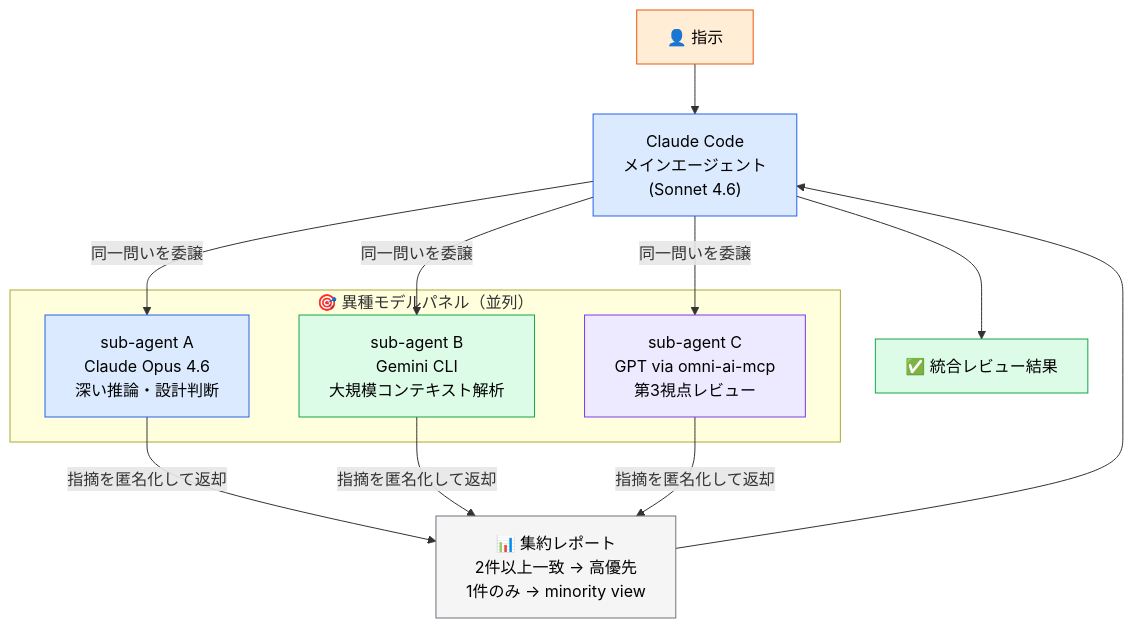
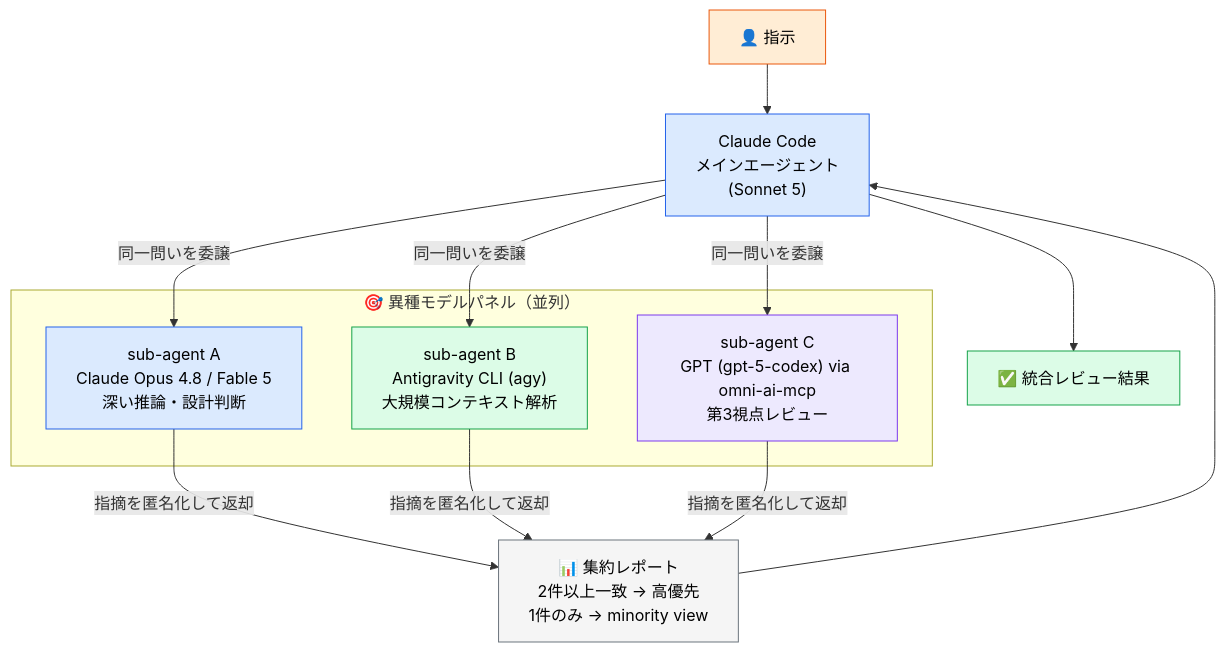
Before and after one commit to takuma39/ai: diagram 12 of 49 in AI駆動開発.md, drawn with Mermaid. The commit also changed other lines of this file, not shown here.

````diff
--- a/AI駆動開発.md
+++ b/AI駆動開発.md
@@ -437,22 +437,22 @@
 ```mermaid
 flowchart TB
-    H["👤 指示"] --> CC["Claude Code<br/>メインエージェント<br/>(Sonnet 4.6)"]
+    H["👤 指示"] --> CC["Claude Code<br/>メインエージェント<br/>(Sonnet 5)"]
     subgraph Panel["🎯 異種モデルパネル（並列）"]
-        A["sub-agent A<br/>Claude Opus 4.6<br/>深い推論・設計判断"]
-        B["sub-agent B<br/>Gemini CLI<br/>大規模コンテキスト解析"]
-        C["sub-agent C<br/>GPT via omni-ai-mcp<br/>第3視点レビュー"]
+        A["sub-agent A<br/>Claude Opus 4.8 / Fable 5<br/>深い推論・設計判断"]
+        B["sub-agent B<br/>Antigravity CLI (agy)<br/>大規模コンテキスト解析"]
+        C["sub-agent C<br/>GPT (gpt-5-codex) via omni-ai-mcp<br/>第3視点レビュー"]
     end
     CC -->|同一問いを委譲| A
     CC -->|同一問いを委譲| B
     CC -->|同一問いを委譲| C
     A & B & C -->|指摘を匿名化して返却| AGG["📊 集約レポート<br/>2件以上一致 → 高優先<br/>1件のみ → minority view"]
     AGG --> CC --> OUT["✅ 統合レビュー結果"]
 
     style H fill:#ffedd5,stroke:#ea580c,color:#000
     style CC fill:#dbeafe,stroke:#2563eb,color:#000
     style A fill:#dbeafe,stroke:#2563eb,color:#000
     style B fill:#dcfce7,stroke:#16a34a,color:#000
     style C fill:#ede9fe,stroke:#7c3aed,color:#000
     style AGG fill:#f5f5f5,stroke:#6c757d,color:#000
     style OUT fill:#dcfce7,stroke:#16a34a,color:#000
 ```
````
